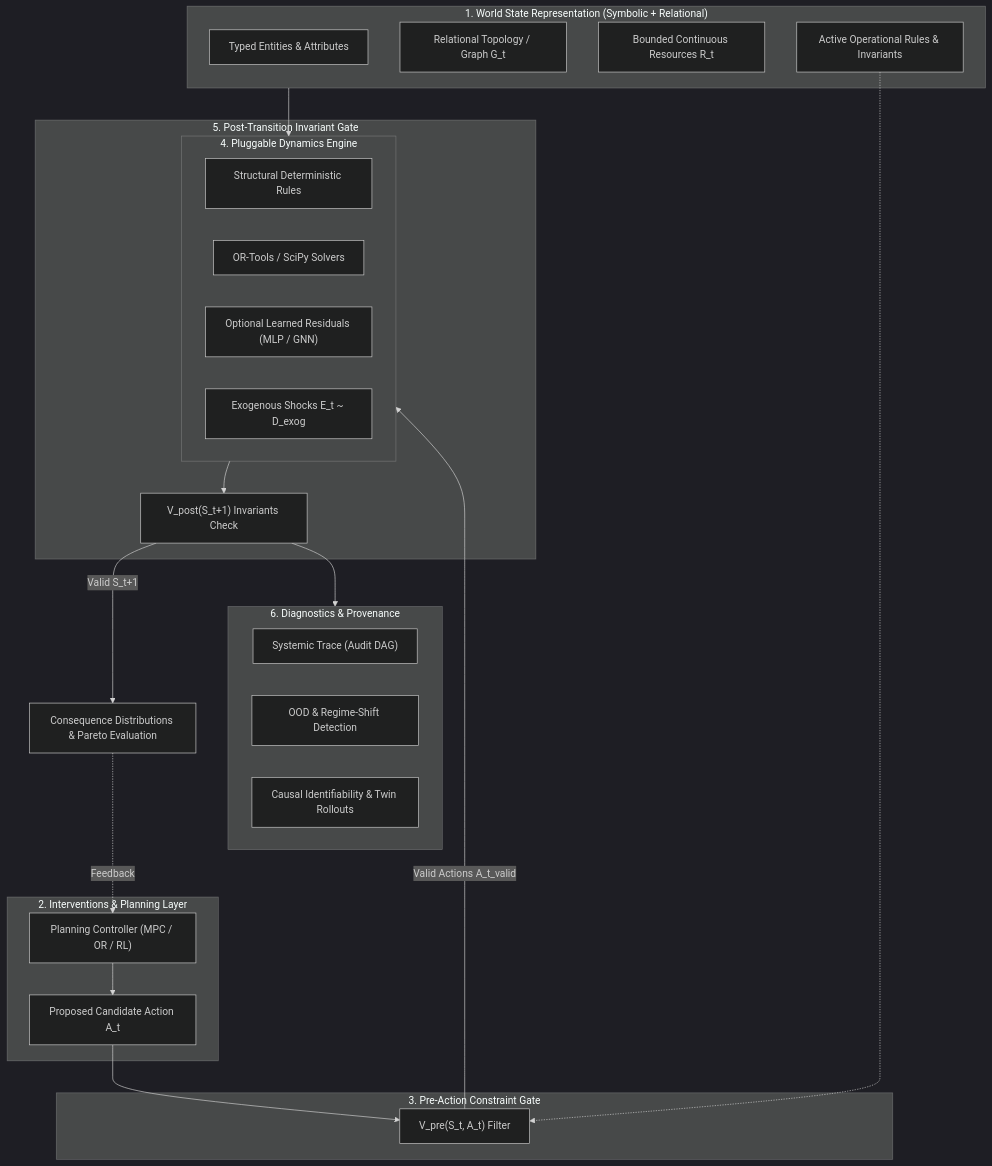
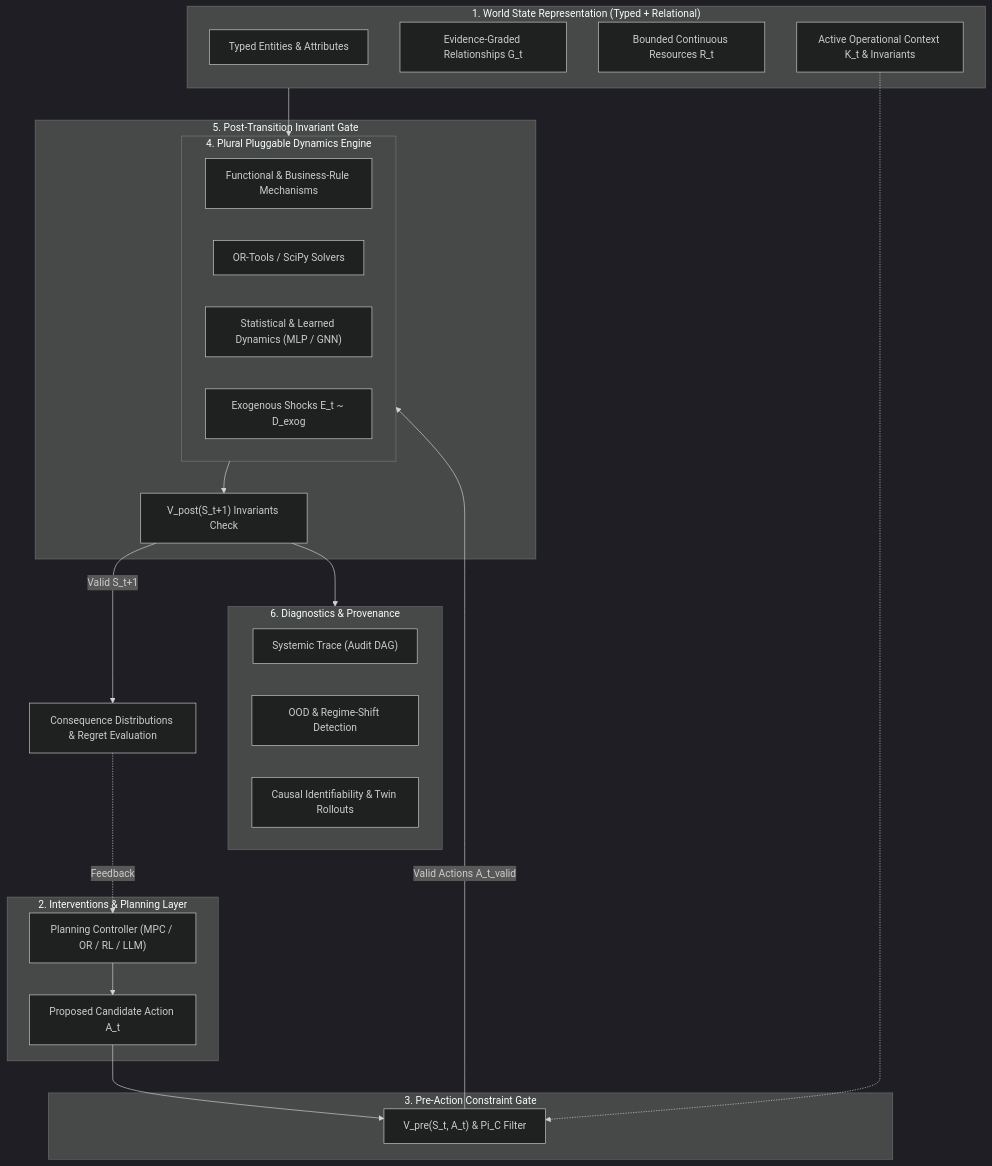
Before and after one commit to vfcarida/Enterprise-World-Model-Engine: the second of 2 diagrams in docs/concepts/world-models.md, drawn with Mermaid (dark theme). The commit also changed other lines of this file and 95 other files, not shown here.

````diff
--- a/docs/concepts/world-models.md
+++ b/docs/concepts/world-models.md
@@ -99,49 +95,49 @@
 ```mermaid
 flowchart TD
     accTitle: Subsystem Architecture and Execution Lifecycle
     accDescr: Six-stage pipeline connecting symbolic world state, planning, pre-action constraints, pluggable dynamics, post-transition invariants, and epistemics diagnostics.
 
-    subgraph StateLayer["1. World State Representation (Symbolic + Relational)"]
+    subgraph StateLayer["1. World State Representation (Typed + Relational)"]
         ENT["Typed Entities & Attributes"]
-        REL["Relational Topology / Graph G_t"]
+        REL["Evidence-Graded Relationships G_t"]
         RES["Bounded Continuous Resources R_t"]
-        RULES["Active Operational Rules & Invariants"]
+        RULES["Active Operational Context K_t & Invariants"]
     end
 
     subgraph DecisionLayer["2. Interventions & Planning Layer"]
-        PLANNER["Planning Controller (MPC / OR / RL)"]
+        PLANNER["Planning Controller (MPC / OR / RL / LLM)"]
         ACT["Proposed Candidate Action A_t"]
         PLANNER --> ACT
     end
 
     subgraph VerificationPre["3. Pre-Action Constraint Gate"]
-        PRE["V_pre(S_t, A_t) Filter"]
+        PRE["V_pre(S_t, A_t) & Pi_C Filter"]
         ACT --> PRE
         RULES -.-> PRE
     end
 
-    subgraph DynamicsLayer["4. Pluggable Dynamics Engine"]
-        DET["Structural Deterministic Rules"]
+    subgraph DynamicsLayer["4. Plural Pluggable Dynamics Engine"]
+        DET["Functional & Business-Rule Mechanisms"]
         OR_OPT["OR-Tools / SciPy Solvers"]
-        LEARNED["Optional Learned Residuals (MLP / GNN)"]
+        LEARNED["Statistical & Learned Dynamics (MLP / GNN)"]
         EXOG["Exogenous Shocks E_t ~ D_exog"]
     end
 
     PRE -- "Valid Actions A_t_valid" --> DynamicsLayer
     StateLayer --> DynamicsLayer
 
     subgraph VerificationPost["5. Post-Transition Invariant Gate"]
         POST["V_post(S_t+1) Invariants Check"]
         DynamicsLayer --> POST
     end
 
     subgraph EpistemicsLayer["6. Diagnostics & Provenance"]
         TRACE["Systemic Trace (Audit DAG)"]
         OOD["OOD & Regime-Shift Detection"]
         CAUSAL["Causal Identifiability & Twin Rollouts"]
     end
 
     POST --> EpistemicsLayer
-    POST -- "Valid S_t+1" --> EVAL["Consequence Distributions & Pareto Evaluation"]
+    POST -- "Valid S_t+1" --> EVAL["Consequence Distributions & Regret Evaluation"]
     EVAL -. Feedback .-> PLANNER
 ```
````
